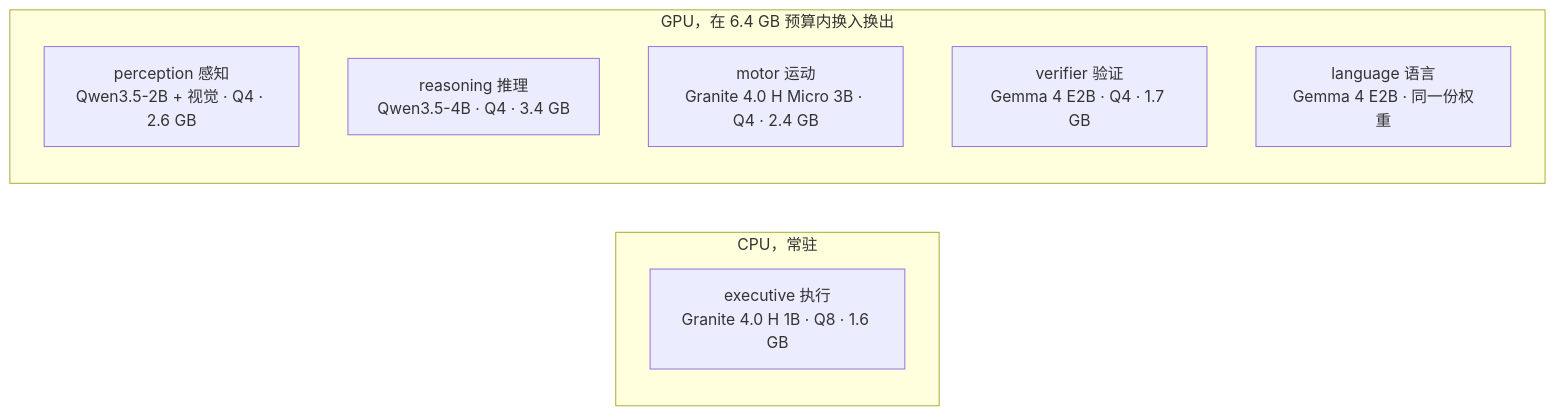
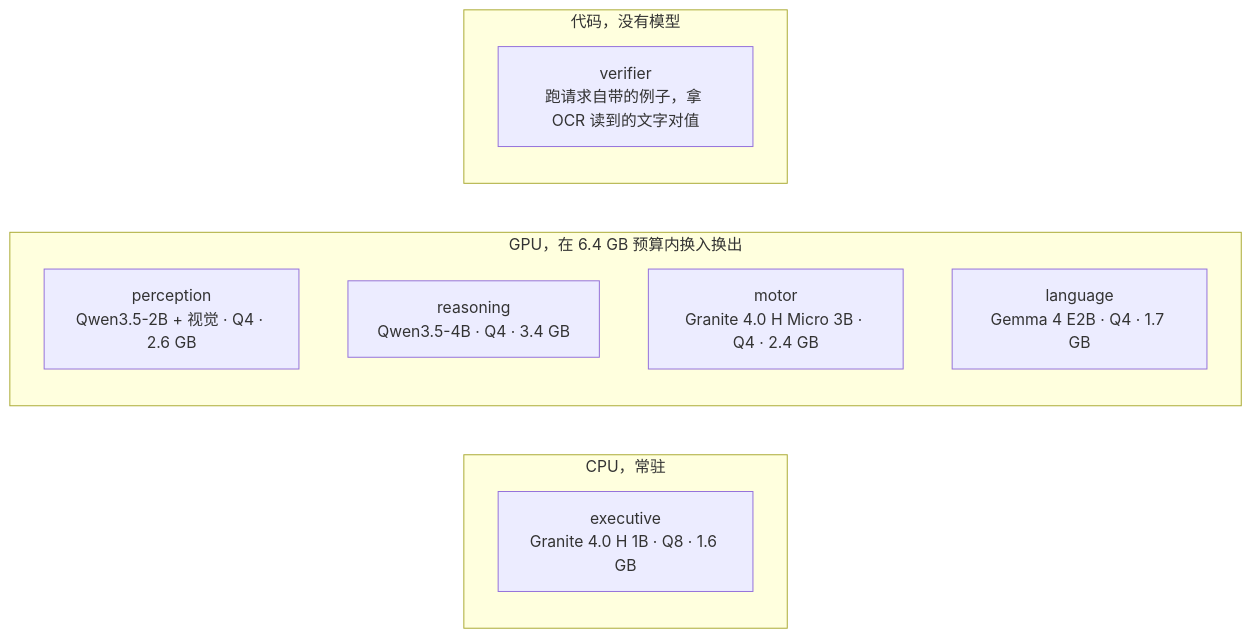
One commit to VecSzn/lobes changed the first of 2 diagrams in README.zh-CN.md. Above: the diagram before and after it, drawn with Mermaid. The commit also changed other lines of this file and 19 other files, not shown here.

Commit message:
the verifier stops voting, an image pair must include perception, the cap counts generated tokens; a repeat run says the score is level with the 9B and the win is cost

````diff
--- a/README.zh-CN.md
+++ b/README.zh-CN.md
@@ -66,13 +53,15 @@
 ```mermaid
 flowchart LR
   subgraph cpu["CPU，常驻"]
-    E["executive 执行<br/>Granite 4.0 H 1B · Q8 · 1.6 GB"]
+    E["executive<br/>Granite 4.0 H 1B · Q8 · 1.6 GB"]
   end
   subgraph gpu["GPU，在 6.4 GB 预算内换入换出"]
-    P["perception 感知<br/>Qwen3.5-2B + 视觉 · Q4 · 2.6 GB"]
-    R["reasoning 推理<br/>Qwen3.5-4B · Q4 · 3.4 GB"]
-    M["motor 运动<br/>Granite 4.0 H Micro 3B · Q4 · 2.4 GB"]
-    V["verifier 验证<br/>Gemma 4 E2B · Q4 · 1.7 GB"]
-    L["language 语言<br/>Gemma 4 E2B · 同一份权重"]
+    P["perception<br/>Qwen3.5-2B + 视觉 · Q4 · 2.6 GB"]
+    R["reasoning<br/>Qwen3.5-4B · Q4 · 3.4 GB"]
+    M["motor<br/>Granite 4.0 H Micro 3B · Q4 · 2.4 GB"]
+    L["language<br/>Gemma 4 E2B · Q4 · 1.7 GB"]
+  end
+  subgraph code["代码，没有模型"]
+    V["verifier<br/>跑请求自带的例子，拿 OCR 读到的文字对值"]
   end
 ```
````
